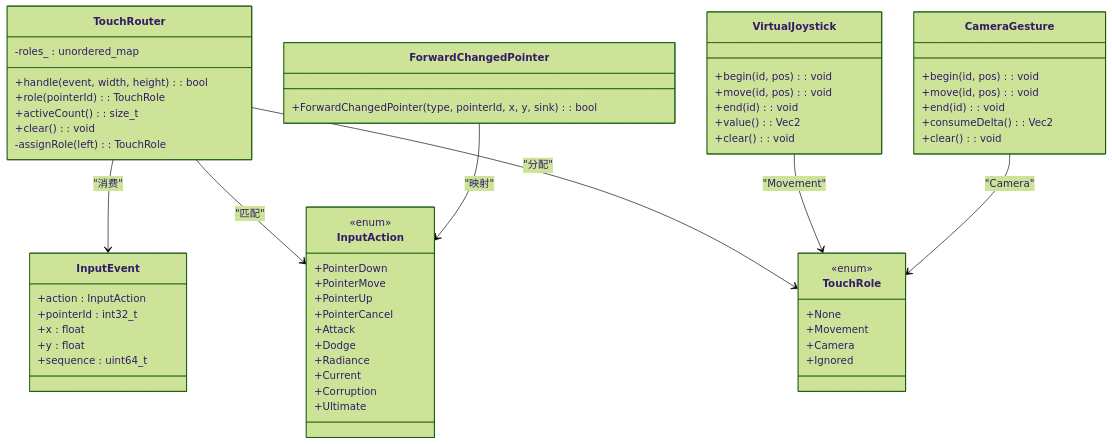
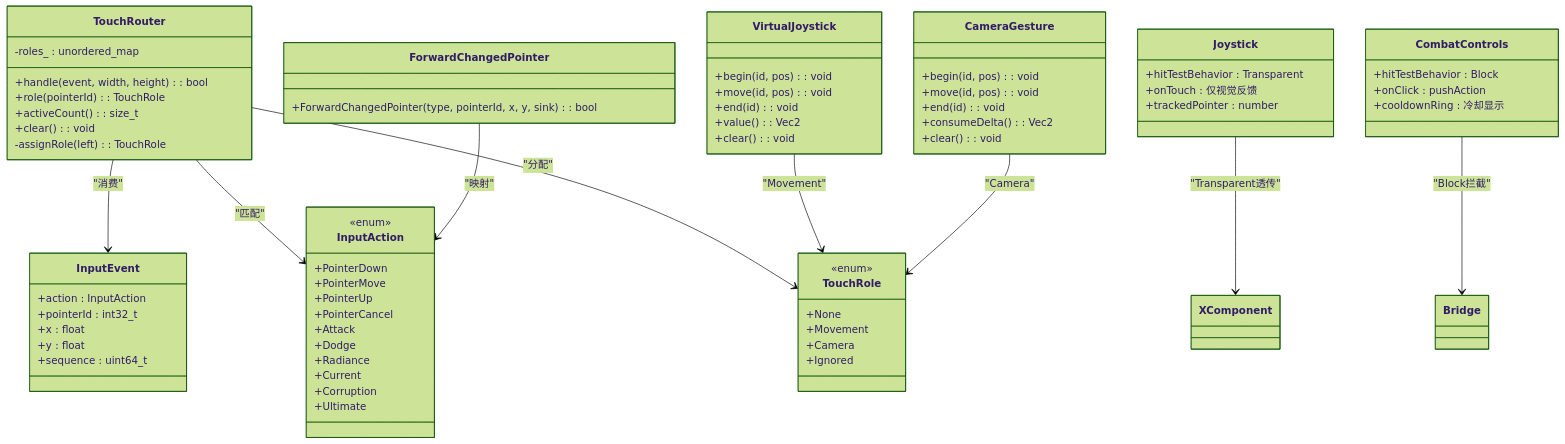
The sixth of 6 diagrams in .qoder/repowiki/zh/content/输入处理系统/触摸路由系统.md (sj123sheng/my-world), drawn with Mermaid (forest theme) before and after one commit. The commit also changed other lines of this file and 28 other files, not shown here.

````diff
--- a/.qoder/repowiki/zh/content/输入处理系统/触摸路由系统.md
+++ b/.qoder/repowiki/zh/content/输入处理系统/触摸路由系统.md
@@ -258,61 +362,73 @@
 ```mermaid
 classDiagram
 class InputEvent {
 +action : InputAction
 +pointerId : int32_t
 +x : float
 +y : float
 +sequence : uint64_t
 }
 class InputAction {
 <<enum>>
 +PointerDown
 +PointerMove
 +PointerUp
 +PointerCancel
 +Attack
 +Dodge
 +Radiance
 +Current
 +Corruption
 +Ultimate
 }
 class TouchRole {
 <<enum>>
 +None
 +Movement
 +Camera
 +Ignored
 }
 class TouchRouter {
 +handle(event, width, height) : bool
 +role(pointerId) : TouchRole
 +activeCount() : size_t
 +clear() : void
 -assignRole(left) : TouchRole
 -roles_ : unordered_map<int32_t, TouchRole>
 }
 class ForwardChangedPointer {
 +ForwardChangedPointer(type, pointerId, x, y, sink) : bool
 }
 class VirtualJoystick {
 +begin(id, pos) : void
 +move(id, pos) : void
 +end(id) : void
 +value() : Vec2
 +clear() : void
 }
 class CameraGesture {
 +begin(id, pos) : void
 +move(id, pos) : void
 +end(id) : void
 +consumeDelta() : Vec2
 +clear() : void
 }
+class Joystick {
++hitTestBehavior : Transparent
++onTouch : 仅视觉反馈
++trackedPointer : number
+}
+class CombatControls {
++hitTestBehavior : Block
++onClick : pushAction
++cooldownRing : 冷却显示
+}
 TouchRouter --> InputEvent : "消费"
 TouchRouter --> InputAction : "匹配"
 TouchRouter --> TouchRole : "分配"
 ForwardChangedPointer --> InputAction : "映射"
 VirtualJoystick --> TouchRole : "Movement"
 CameraGesture --> TouchRole : "Camera"
+Joystick --> XComponent : "Transparent透传"
+CombatControls --> Bridge : "Block拦截"
 ```
````
